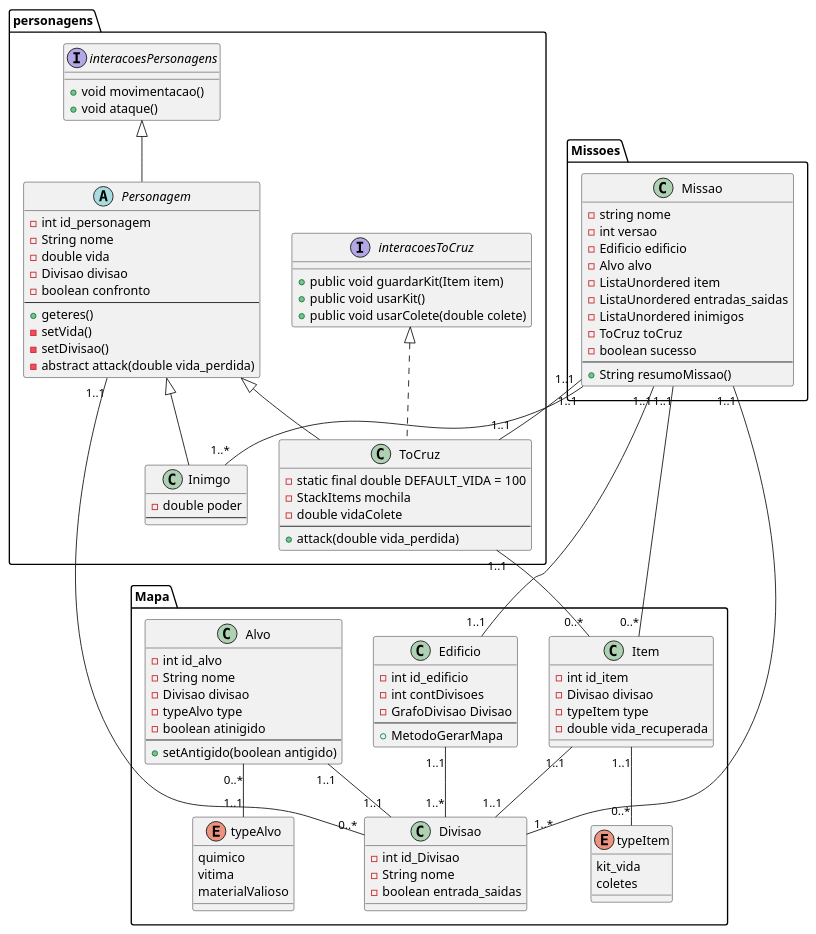
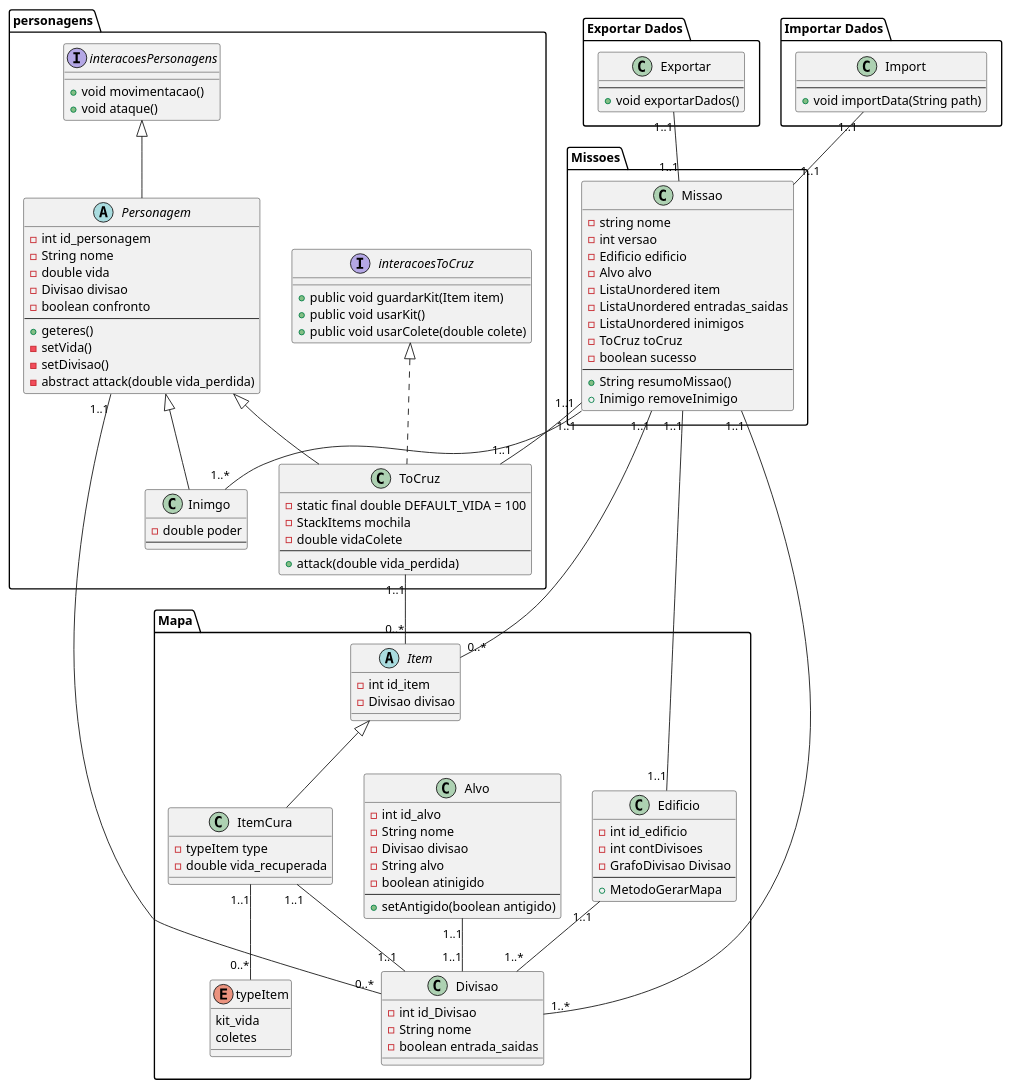
Before and after one commit to Arturito2005/TrabalhoGrupoED_ToCruz: the diagram in Digaramas/DiagramaClasses/DiagramaClasses.plantuml, drawn with PlantUML. The commit also changed 128 other files, not shown here.

```diff
--- a/Digaramas/DiagramaClasses/DiagramaClasses.plantuml
+++ b/Digaramas/DiagramaClasses/DiagramaClasses.plantuml
@@ -1,151 +1,168 @@
 @startuml DiagramaClassesToCruz
 
 package "Mapa" {
     /'
     Provavelmente é preciso remover este boolean
     '/
     class Divisao {
         - int id_Divisao
         - String nome
         - boolean entrada_saidas
     }
 
     /'
     As Divisao do edifio vão ser um grafo
     o grafo é construido quando e feita a importação dos dados
     '/
     class Edificio {
         - int id_edificio
         - int contDivisoes
         - GrafoDivisao Divisao
         --
         + MetodoGerarMapa
     }
 
     Edificio "1..1" -- "1..*" Divisao
-
-    enum typeAlvo {
-        quimico 
-        vitima
-        materialValioso
-    }
-
     /'
     Talvez meter o type como uma String se sim remover typeAlvo acima
     
     O boolean antigido representa se o objeto já foi coletado ou não pelo 
     ToCruz
     '/
     class Alvo {
         - int id_alvo
         - String nome
         - Divisao divisao
-        - typeAlvo type
+        - String alvo
         - boolean atinigido
         --
         + setAntigido(boolean antigido)
     }
 
     enum typeItem {
         kit_vida
         coletes
     }
 
     /'Se houver diferente entre o que cada item fornce,
     criar hierarquia'/
-    class Item {
+    abstract class Item {
         - int id_item
         - Divisao divisao
+    }
+
+    class ItemCura extends Item{
         - typeItem type
         - double vida_recuperada
     }
 
+
     Alvo "1..1" -- "1..1" Divisao
-    Item "1..1" -- "1..1" Divisao
-    Item "1..1" -- "0..*" typeItem
-    Alvo "0..*" -- "1..1" typeAlvo
+    ItemCura "1..1" -- "1..1" Divisao
+    ItemCura "1..1" -- "0..*" typeItem
 }
 
 package "personagens" {
     
     /'Não daria para meter o To Cruz e o inimigo como uma enum,
     mas só fazer se nã achar mais campos para o inimigo e para o To Cruz'/
     interface interacoesPersonagens {
         + void movimentacao()
         + void ataque()
     }
     
     abstract class Personagem extends interacoesPersonagens {
         - int id_personagem
         - String nome
         - double vida
         - Divisao divisao
         - boolean confronto
         --
         + geteres()
         - setVida()
         - setDivisao()
         - abstract attack(double vida_perdida)
     }
 
     interface interacoesToCruz {
         + public void guardarKit(Item item)        
         + public void usarKit()
         + public void usarColete(double colete)
     }
 
     /'
     A Stack guarda apenas os kitVida
     A double vidaColete em principio não é necessário.
     O ToCruz não tem a variavel poder, porque ele vai dar sempre
     instaKill
     '/
     class ToCruz extends Personagem implements interacoesToCruz {
         - static final double DEFAULT_VIDA = 100
         - StackItems mochila
         - double vidaColete
         --
         + attack(double vida_perdida)
     }
 
     class Inimgo extends Personagem {
         - double poder
         --
     }
 
     Personagem "1..1" -- "0..*" Divisao
     ToCruz "1..1" -- "0..*" Item
 }
 
 package "Missoes" {
 
     /'
     O item é uma LinkedList ou um array
     As entras também podem ser LinkedList ou Stacks 
 
     Estes campos também podem ser Listas (que pode ser melhor)
 
     No construtor o ToCruz não é mandado no 
     '/
     class Missao {
         - string nome
         - int versao
         - Edificio edificio
         - Alvo alvo
         - ListaUnordered item
         - ListaUnordered entradas_saidas
         - ListaUnordered inimigos
         - ToCruz toCruz
         - boolean sucesso
         --
         + String resumoMissao()
+        + Inimigo removeInimigo
     }
 
     Missao "1..1" -- "0..*" Item
     Missao "1..1" -- "1..1" Edificio
     Missao "1..1" -- "1..*" Divisao
     Missao "1..1" -- "1..*" Inimgo
     Missao "1..1" -- "1..1" ToCruz
 }
 
+package "Importar Dados" {
+
+    class Import {
+        --
+        + void importData(String path)
+    }
+
+    Import "1..1" -- "1..1" Missao
+}
+
+package "Exportar Dados" {
+
+    class Exportar {
+        --
+        + void exportarDados()
+    }
+
+    Exportar "1..1" -- "1..1" Missao
+}
+
 @enduml
```
